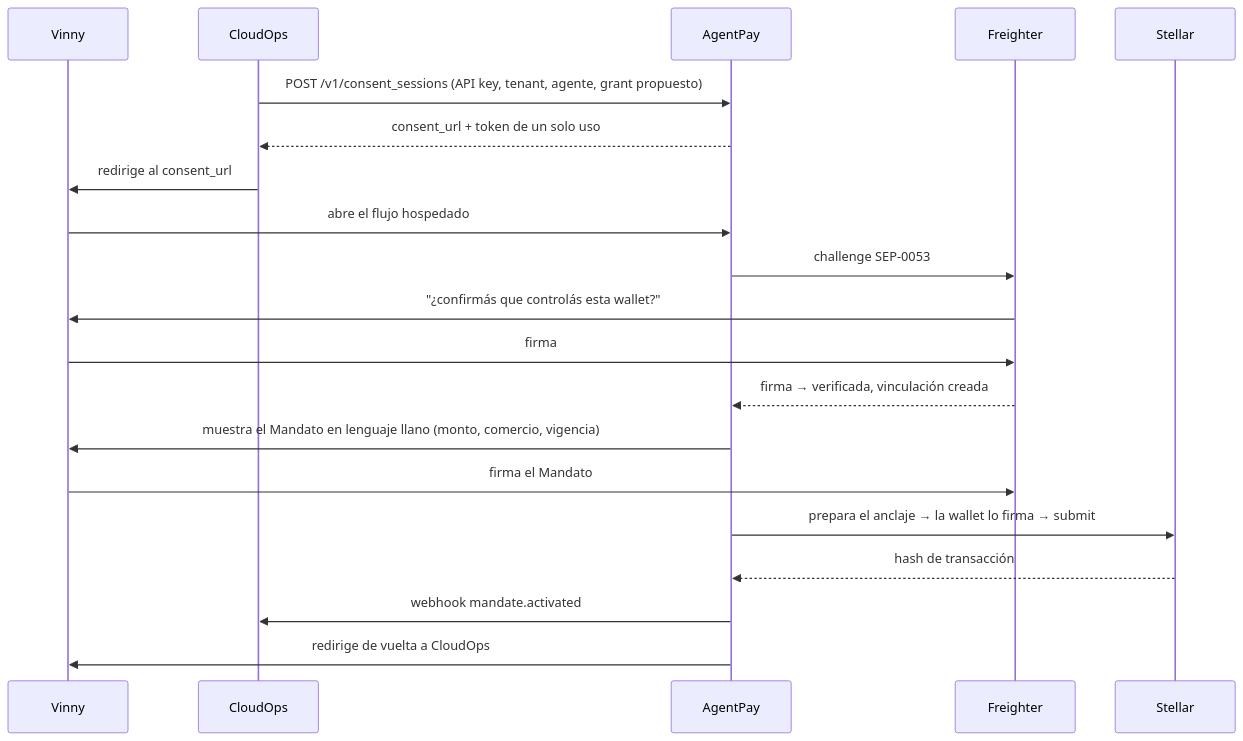
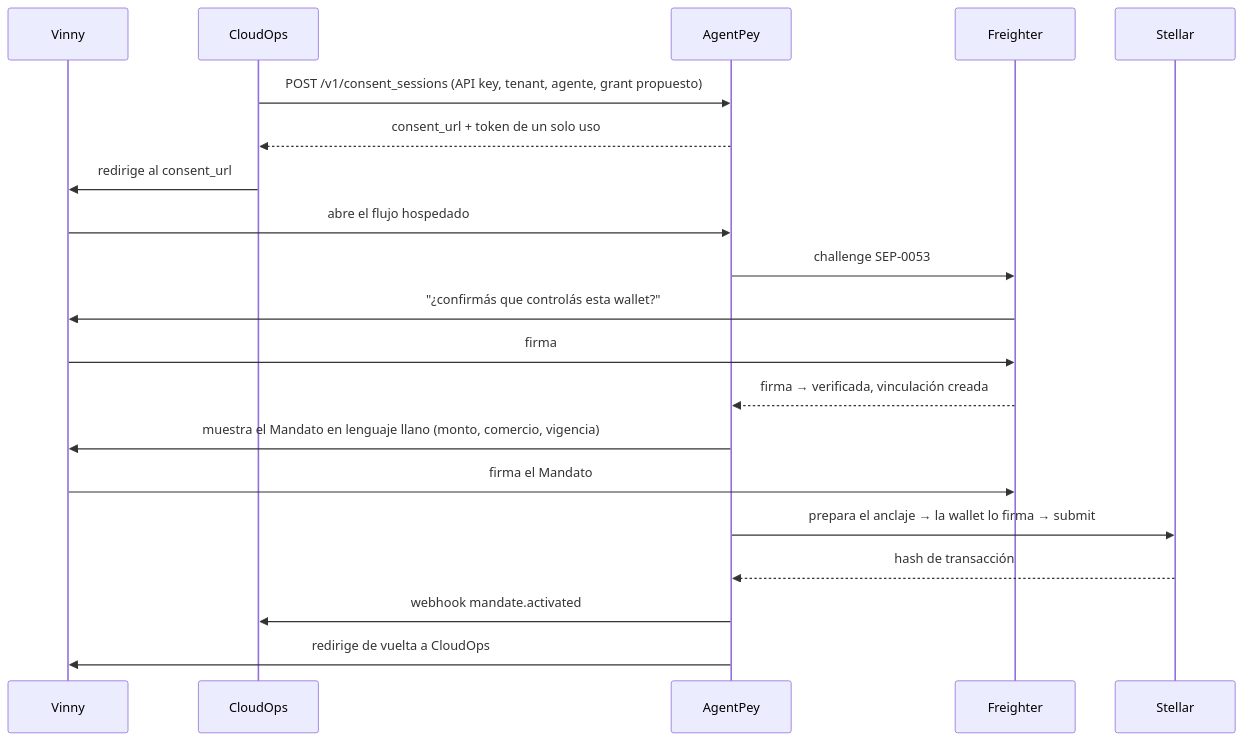
Before and after one commit to vicentewolde/AgentPay: the third of 3 diagrams in docs/fase-6-agentguard-comercializacion/PLATAFORMA-PARTNERS.md, drawn with Mermaid. The commit also changed other lines of this file and 118 other files, not shown here.

````diff
--- a/docs/fase-6-agentguard-comercializacion/PLATAFORMA-PARTNERS.md
+++ b/docs/fase-6-agentguard-comercializacion/PLATAFORMA-PARTNERS.md
@@ -237,23 +237,23 @@
 ```mermaid
 sequenceDiagram
   participant V as Vinny
   participant C as CloudOps
-  participant A as AgentPay
+  participant A as AgentPey
   participant W as Freighter
   participant S as Stellar
 
   C->>A: POST /v1/consent_sessions (API key, tenant, agente, grant propuesto)
   A-->>C: consent_url + token de un solo uso
   C->>V: redirige al consent_url
   V->>A: abre el flujo hospedado
   A->>W: challenge SEP-0053
   W->>V: "¿confirmás que controlás esta wallet?"
   V->>W: firma
   W-->>A: firma → verificada, vinculación creada
   A->>V: muestra el Mandato en lenguaje llano (monto, comercio, vigencia)
   V->>W: firma el Mandato
   A->>S: prepara el anclaje → la wallet lo firma → submit
   S-->>A: hash de transacción
   A->>C: webhook mandate.activated
   A->>V: redirige de vuelta a CloudOps
 ```
````
